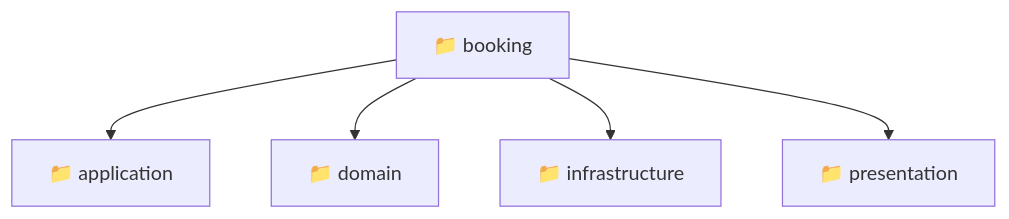
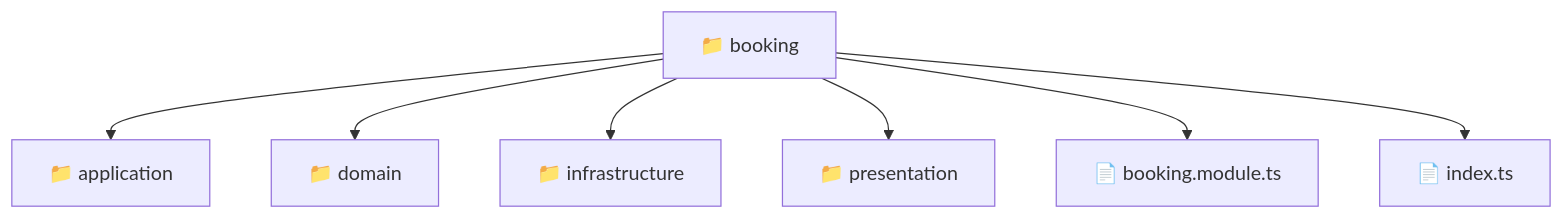
One commit to beginwebdev2002/fullstack-mavluda changed the diagram in backend/src/modules/booking/README.md. Above: the diagram before and after it, drawn with Mermaid. The commit also changed other lines of this file and 165 other files, not shown here.

First line of the commit message:
docs: generate localized architectural READMEs

````diff
--- a/backend/src/modules/booking/README.md
+++ b/backend/src/modules/booking/README.md
@@ -10,8 +9,10 @@
 ```mermaid
 graph TD
-  Root["📁 booking"]
-  Root --> application["📁 application"]
-  Root --> domain["📁 domain"]
-  Root --> infrastructure["📁 infrastructure"]
-  Root --> presentation["📁 presentation"]
+  booking["📁 booking"]
+  booking --> application["📁 application"]
+  booking --> domain["📁 domain"]
+  booking --> infrastructure["📁 infrastructure"]
+  booking --> presentation["📁 presentation"]
+  booking --> booking_module_ts["📄 booking.module.ts"]
+  booking --> index_ts["📄 index.ts"]
 ```
````
